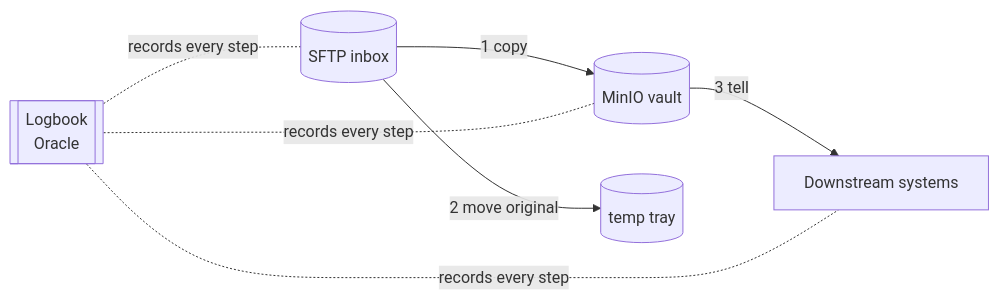
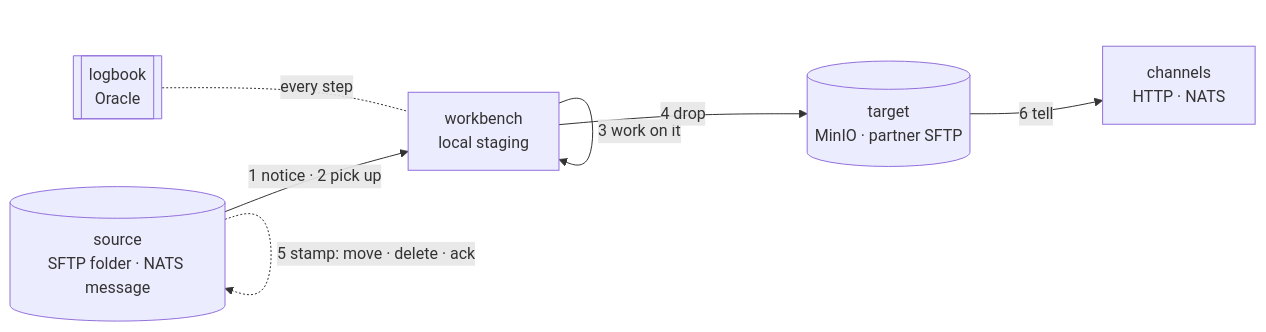
One commit to Chang-Chia-Chi/Kotlin_Practice changed the first of 5 diagrams in docs/shuttle/overview.md. Above: the diagram before and after it, drawn with Mermaid. The commit also changed other lines of this file and 1 other file, not shown here.

````diff
--- a/docs/shuttle/overview.md
+++ b/docs/shuttle/overview.md
@@ -27,9 +29,9 @@
 ```mermaid
 flowchart LR
-    A[(SFTP inbox)] -->|1 copy| B[(MinIO vault)]
-    A -->|2 move original| T[(temp tray)]
-    B -->|3 tell| D[Downstream systems]
-    L[[Logbook<br/>Oracle]] -. records every step .- A
-    L -. records every step .- B
-    L -. records every step .- D
+    S[(source<br/>SFTP folder · NATS message)] -->|1 notice · 2 pick up| W[workbench<br/>local staging]
+    W -->|3 work on it| W
+    W -->|4 drop| T[(target<br/>MinIO · partner SFTP)]
+    S -.->|5 stamp: move · delete · ack| S
+    T -->|6 tell| D[channels<br/>HTTP · NATS]
+    L[[logbook<br/>Oracle]] -. every step .- W
 ```
````
